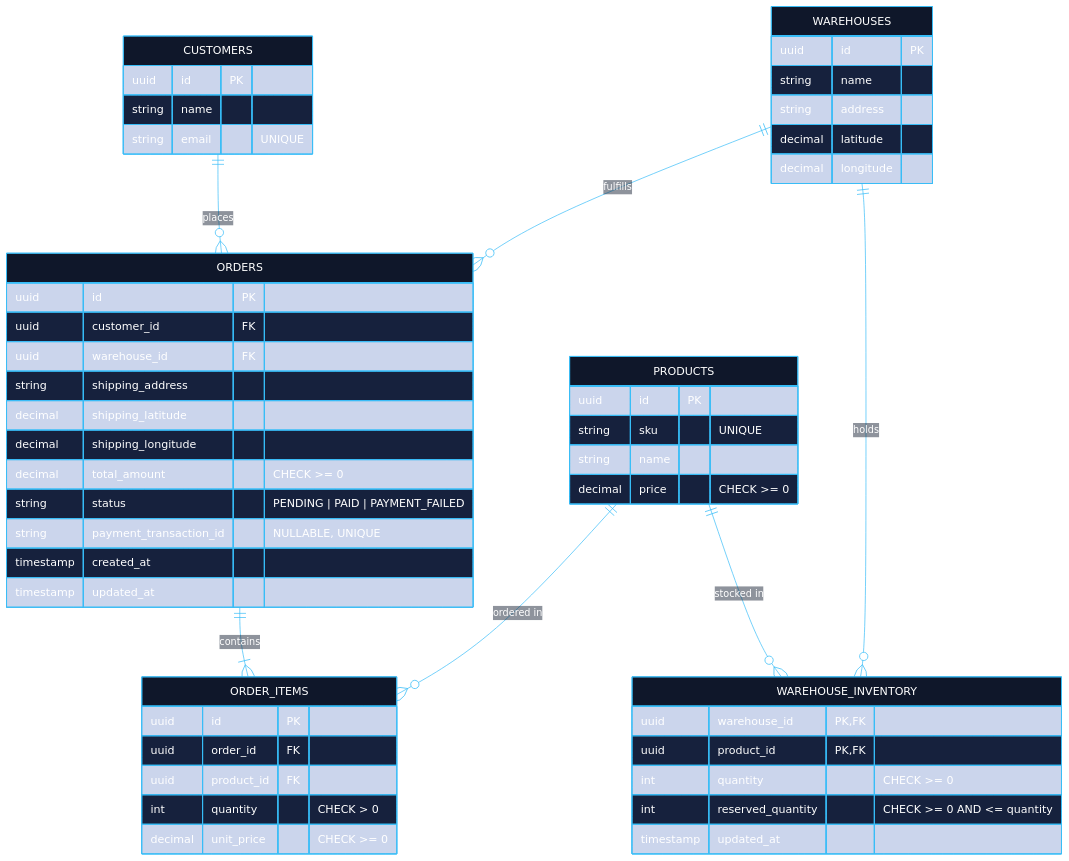
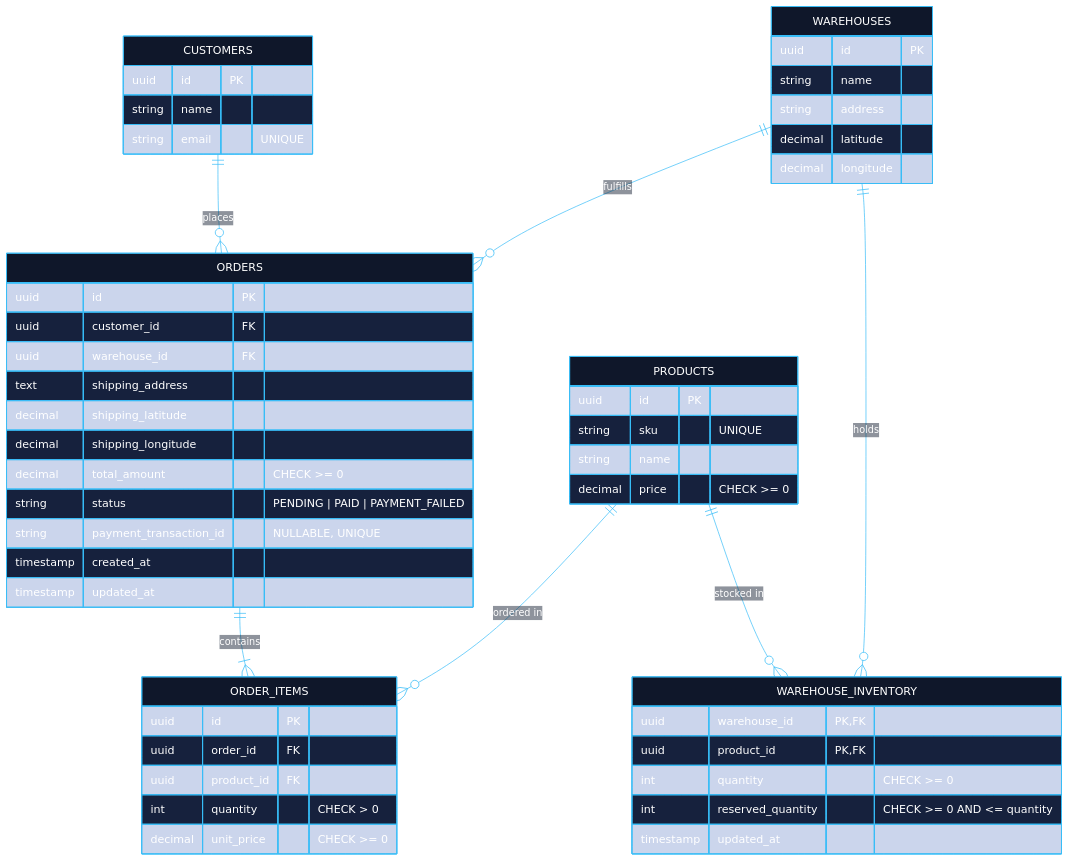
The second of 2 diagrams in order-fulfillment-service/README.md (Valentina17varela/technical-challenges), drawn with Mermaid before and after one commit. The commit also changed 7 other files, not shown here.

````diff
--- a/order-fulfillment-service/README.md
+++ b/order-fulfillment-service/README.md
@@ -105,77 +105,77 @@
 ```mermaid
 %%{init: {
   'theme': 'base',
   'themeVariables': {
     'background': 'transparent',
     'primaryColor': '#0F172A',
     'primaryTextColor': '#FFFFFF',
     'primaryBorderColor': '#38BDF8',
     'lineColor': '#38BDF8',
     'tertiaryColor': '#1E293B',
     'tertiaryBorderColor': '#0284C7',
     'attributeBackgroundColorOdd': '#1E293B',
     'attributeBackgroundColorEven': '#0F172A',
     'attributeColor': '#F8FAFC',
     'entityBorder': '#38BDF8',
     'fontFamily': 'inter, system-ui, sans-serif'
   }
 }}%%
 erDiagram
     CUSTOMERS ||--o{ ORDERS : "places"
     ORDERS ||--|{ ORDER_ITEMS : "contains"
     WAREHOUSES ||--o{ ORDERS : "fulfills"
     PRODUCTS ||--o{ ORDER_ITEMS : "ordered in"
     PRODUCTS ||--o{ WAREHOUSE_INVENTORY : "stocked in"
     WAREHOUSES ||--o{ WAREHOUSE_INVENTORY : "holds"
 
     CUSTOMERS {
         uuid id PK
         string name
         string email "UNIQUE"
     }
 
     PRODUCTS {
         uuid id PK
         string sku "UNIQUE"
         string name
         decimal price "CHECK >= 0"
     }
 
     WAREHOUSES {
         uuid id PK
         string name
         string address
         decimal latitude
         decimal longitude
     }
 
     WAREHOUSE_INVENTORY {
         uuid warehouse_id PK, FK
         uuid product_id PK, FK
         int quantity "CHECK >= 0"
         int reserved_quantity "CHECK >= 0 AND <= quantity"
         timestamp updated_at
     }
 
     ORDERS {
         uuid id PK
         uuid customer_id FK
         uuid warehouse_id FK
-        string shipping_address
+        text shipping_address
         decimal shipping_latitude
         decimal shipping_longitude
         decimal total_amount "CHECK >= 0"
         string status "PENDING | PAID | PAYMENT_FAILED"
         string payment_transaction_id "NULLABLE, UNIQUE"
         timestamp created_at
         timestamp updated_at
     }
 
     ORDER_ITEMS {
         uuid id PK
         uuid order_id FK
         uuid product_id FK
         int quantity "CHECK > 0"
         decimal unit_price "CHECK >= 0"
     }
 ```
````
